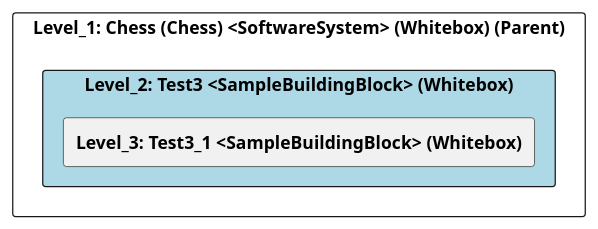
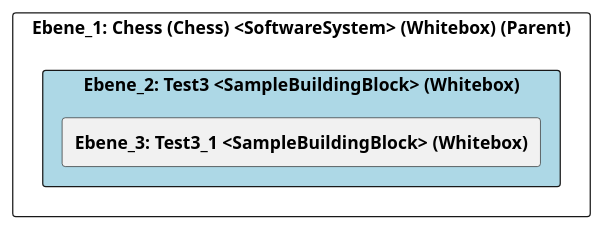
Before and after one commit to marcozwyssig/cleon: the diagram in src/cleon.architecturemethods.arc42.sample/doc/cleon_architecturemethods_arc42_sample_arc42/adoc/de/05_bausteinsicht/chess/test3/ebene_2_test3.adoc, drawn with PlantUML. The commit also changed other lines of this file and 148 other files, not shown here.

```diff
--- a/src/cleon.architecturemethods.arc42.sample/doc/cleon_architecturemethods_arc42_sample_arc42/adoc/de/05_bausteinsicht/chess/test3/ebene_2_test3.adoc
+++ b/src/cleon.architecturemethods.arc42.sample/doc/cleon_architecturemethods_arc42_sample_arc42/adoc/de/05_bausteinsicht/chess/test3/ebene_2_test3.adoc
@@ -21,24 +21,24 @@
-[plantuml, Level_2: Test3 <SampleBuildingBlock> (Whitebox)BlockOverview, format="svg"]
+[plantuml, Ebene_2: Test3 <SampleBuildingBlock> (Whitebox)BlockOverview, format="svg"]
 ----
-@startuml Level_2: Test3 <SampleBuildingBlock> (Whitebox)BuildingBlockOverview
+@startuml Ebene_2: Test3 <SampleBuildingBlock> (Whitebox)BuildingBlockOverview
 
 skinparam ranksep 10
 skinparam componentStyle rectangle
 skinparam shadowing false
 skinparam arrowColor lightblue
 skinparam arrowThickness 1.2
 skinparam rectangle {
   BackgroundColor White
   BorderColor #333
   RoundCorner 10
 }
 top to bottom direction
 
-component "Level_1: Chess (Chess) <SoftwareSystem> (Whitebox) (Parent)" {
-    component "Level_2: Test3 <SampleBuildingBlock> (Whitebox)" #lightblue {
-        [**Level_3: Test3_1 <SampleBuildingBlock> (Whitebox)**] as 489CD281_D579_11EE_903E_9F564E4DE07E
+component "Ebene_1: Chess (Chess) <SoftwareSystem> (Whitebox) (Parent)" {
+    component "Ebene_2: Test3 <SampleBuildingBlock> (Whitebox)" #lightblue {
+        [**Ebene_3: Test3_1 <SampleBuildingBlock> (Whitebox)**] as 489CD281_D579_11EE_903E_9F564E4DE07E
     }
 }
 
 @enduml
 ----
```
